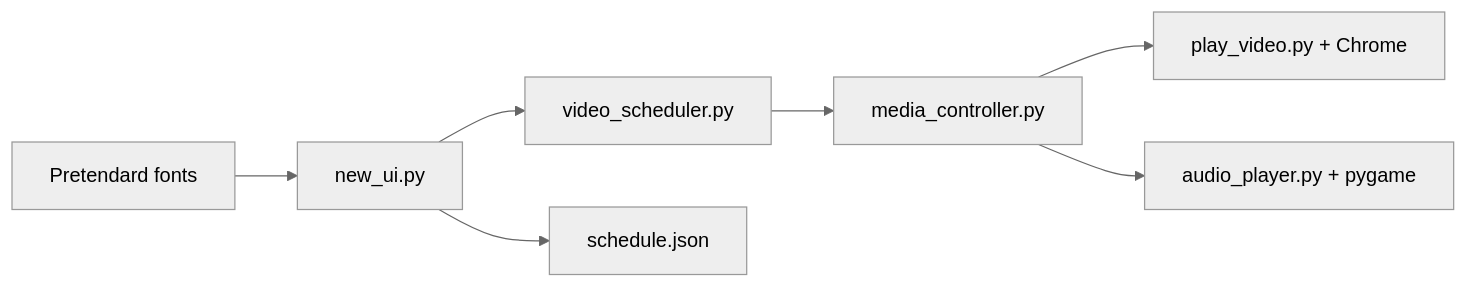
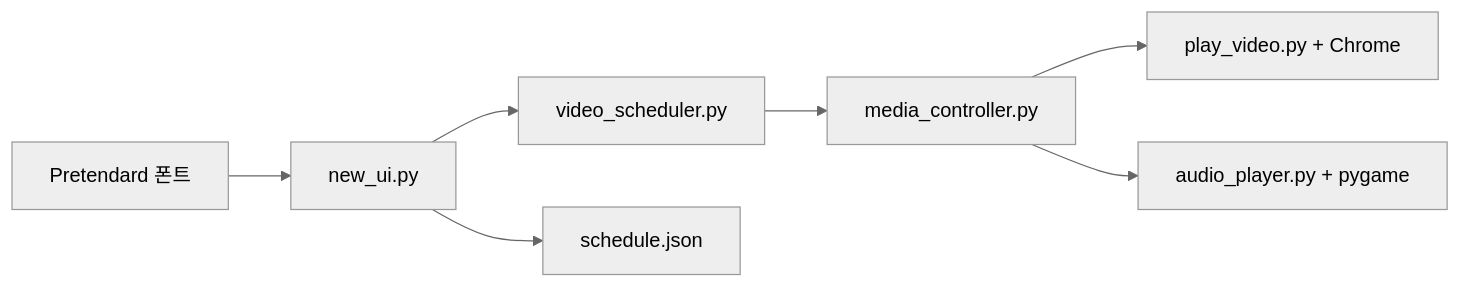
One commit to JunnnnyWon/YoutubeAutoPlayer changed the diagram in README.md. Above: the diagram before and after it, drawn with Mermaid (neutral theme). The commit also changed other lines of this file, not shown here.

````diff
--- a/README.md
+++ b/README.md
@@ -29,9 +29,9 @@
 ```mermaid
 flowchart LR
   UI["new_ui.py"] --> Scheduler["video_scheduler.py"]
   Scheduler --> Controller["media_controller.py"]
   Controller --> YouTube["play_video.py + Chrome"]
   Controller --> Audio["audio_player.py + pygame"]
   UI --> Schedule["schedule.json"]
-  Font["Pretendard fonts"] --> UI
+  Font["Pretendard 폰트"] --> UI
 ```
````
